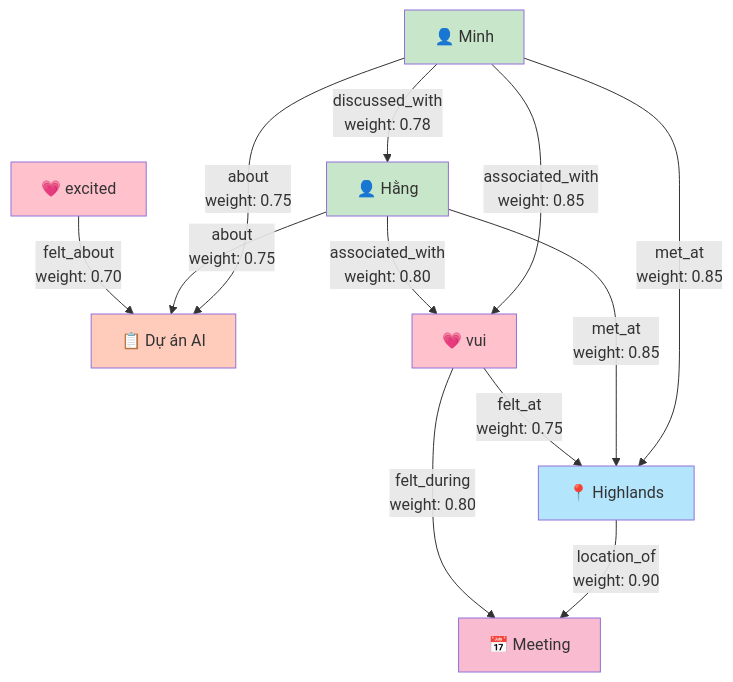
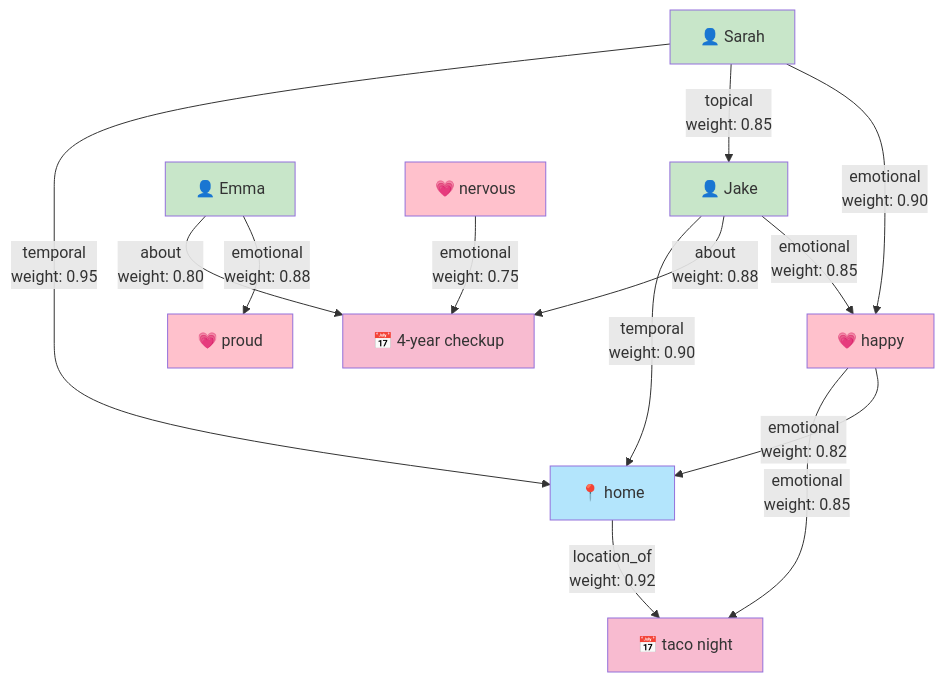
One commit to phuc-nt/kioku-ios changed the fifth of 14 diagrams in docs/99_lesson/PRESENTATION_SLIDES.md. Above: the diagram before and after it, drawn with Mermaid. The commit also changed other lines of this file, not shown here.

First line of the commit message:
docs: update presentation diagrams with real demo data

````diff
--- a/docs/99_lesson/PRESENTATION_SLIDES.md
+++ b/docs/99_lesson/PRESENTATION_SLIDES.md
@@ -249,24 +249,27 @@
 ```mermaid
 graph TD
-    Minh[👤 Minh] -->|met_at<br/>weight: 0.85| Highlands[📍 Highlands]
-    Hang[👤 Hằng] -->|met_at<br/>weight: 0.85| Highlands
-    Minh -->|discussed_with<br/>weight: 0.78| Hang
-    Highlands -->|location_of<br/>weight: 0.90| Meeting[📅 Meeting]
-    Minh -->|about<br/>weight: 0.75| Project[📋 Dự án AI]
-    Hang -->|about<br/>weight: 0.75| Project
+    Sarah[👤 Sarah] -->|temporal<br/>weight: 0.95| Home[📍 home]
+    Jake[👤 Jake] -->|temporal<br/>weight: 0.90| Home
+    Sarah -->|topical<br/>weight: 0.85| Jake
+    Home -->|location_of<br/>weight: 0.92| TacoNight[📅 taco night]
+    Jake -->|about<br/>weight: 0.88| Checkup[📅 4-year checkup]
+    Emma[👤 Emma] -->|about<br/>weight: 0.80| Checkup
 
-    Happy[💗 vui] -->|felt_during<br/>weight: 0.80| Meeting
-    Happy -->|felt_at<br/>weight: 0.75| Highlands
-    Excited[💗 excited] -->|felt_about<br/>weight: 0.70| Project
+    Happy[💗 happy] -->|emotional<br/>weight: 0.85| TacoNight
+    Happy -->|emotional<br/>weight: 0.82| Home
+    Nervous[💗 nervous] -->|emotional<br/>weight: 0.75| Checkup
 
-    Minh -->|associated_with<br/>weight: 0.85| Happy
-    Hang -->|associated_with<br/>weight: 0.80| Happy
+    Sarah -->|emotional<br/>weight: 0.90| Happy
+    Jake -->|emotional<br/>weight: 0.85| Happy
+    Emma -->|emotional<br/>weight: 0.88| Proud[💗 proud]
 
-    style Minh fill:#c8e6c9
-    style Hang fill:#c8e6c9
-    style Highlands fill:#b3e5fc
-    style Meeting fill:#f8bbd0
-    style Project fill:#ffccbc
+    style Sarah fill:#c8e6c9
+    style Jake fill:#c8e6c9
+    style Emma fill:#c8e6c9
+    style Home fill:#b3e5fc
+    style TacoNight fill:#f8bbd0
+    style Checkup fill:#f8bbd0
     style Happy fill:#ffc1cc
-    style Excited fill:#ffc1cc
+    style Nervous fill:#ffc1cc
+    style Proud fill:#ffc1cc
 ```
````
